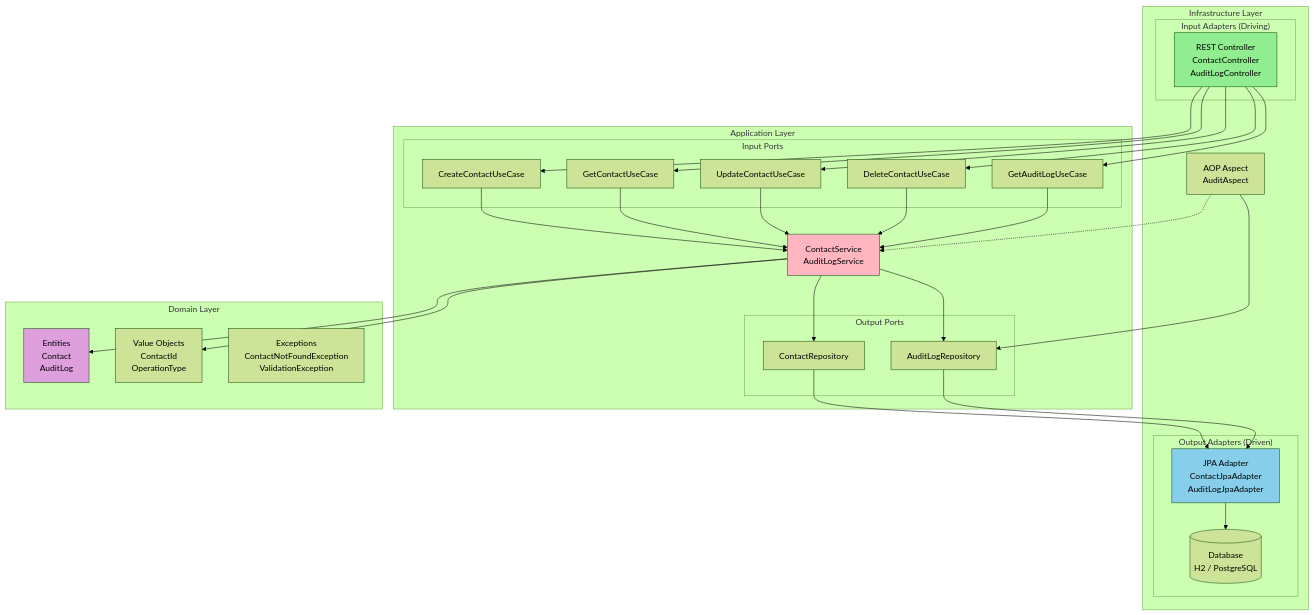
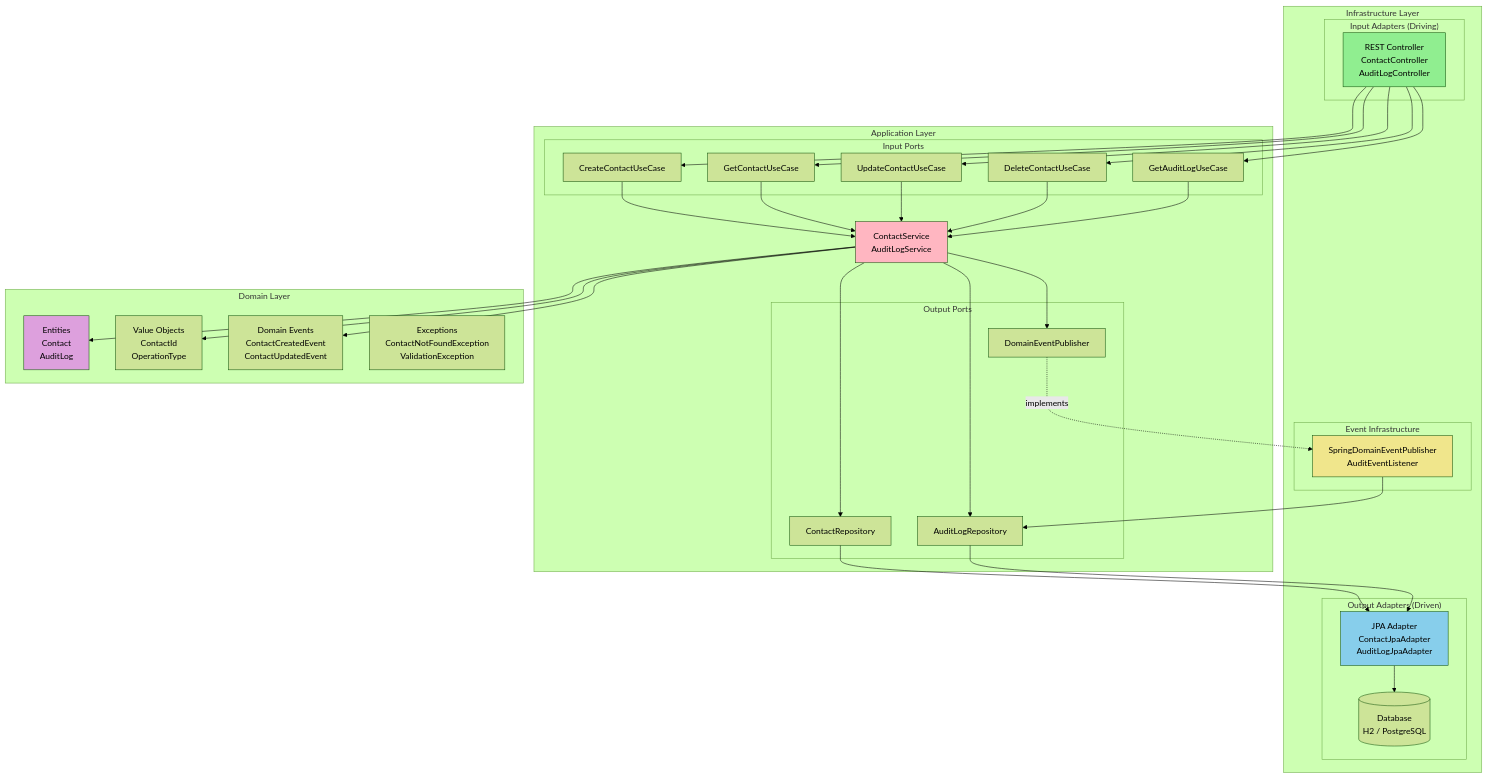
The first of 6 diagrams in README.md (ChunPingWang/aop-poc), drawn with Mermaid (forest theme) before and after one commit. The commit also changed other lines of this file and 2 other files, not shown here.

First line of the commit message:
docs: 更新文件反映 Domain Events 架構與依賴規則

````diff
--- a/README.md
+++ b/README.md
@@ -42,67 +77,74 @@
 ```mermaid
 graph TB
     subgraph "Infrastructure Layer"
         subgraph "Input Adapters (Driving)"
             REST["REST Controller<br/>ContactController<br/>AuditLogController"]
         end
 
         subgraph "Output Adapters (Driven)"
             JPA["JPA Adapter<br/>ContactJpaAdapter<br/>AuditLogJpaAdapter"]
             DB[(Database<br/>H2 / PostgreSQL)]
         end
 
-        AOP["AOP Aspect<br/>AuditAspect"]
+        subgraph "Event Infrastructure"
+            EVT["SpringDomainEventPublisher<br/>AuditEventListener"]
+        end
     end
 
     subgraph "Application Layer"
         subgraph "Input Ports"
             UC1["CreateContactUseCase"]
             UC2["GetContactUseCase"]
             UC3["UpdateContactUseCase"]
             UC4["DeleteContactUseCase"]
             UC5["GetAuditLogUseCase"]
         end
 
         SVC["ContactService<br/>AuditLogService"]
 
         subgraph "Output Ports"
             RP1["ContactRepository"]
             RP2["AuditLogRepository"]
+            EP["DomainEventPublisher"]
         end
     end
 
     subgraph "Domain Layer"
         ENT["Entities<br/>Contact<br/>AuditLog"]
         VO["Value Objects<br/>ContactId<br/>OperationType"]
+        EVE["Domain Events<br/>ContactCreatedEvent<br/>ContactUpdatedEvent"]
         EXC["Exceptions<br/>ContactNotFoundException<br/>ValidationException"]
     end
 
     REST --> UC1
     REST --> UC2
     REST --> UC3
     REST --> UC4
     REST --> UC5
 
     UC1 --> SVC
     UC2 --> SVC
     UC3 --> SVC
     UC4 --> SVC
     UC5 --> SVC
 
     SVC --> RP1
     SVC --> RP2
+    SVC --> EP
     SVC --> ENT
     SVC --> VO
+    SVC --> EVE
 
-    AOP -.-> SVC
-    AOP --> RP2
+    EP -.->|implements| EVT
+    EVT --> RP2
 
     RP1 --> JPA
     RP2 --> JPA
     JPA --> DB
 
     style REST fill:#90EE90
     style JPA fill:#87CEEB
     style SVC fill:#FFB6C1
     style ENT fill:#DDA0DD
+    style EVT fill:#F0E68C
 ```
````
